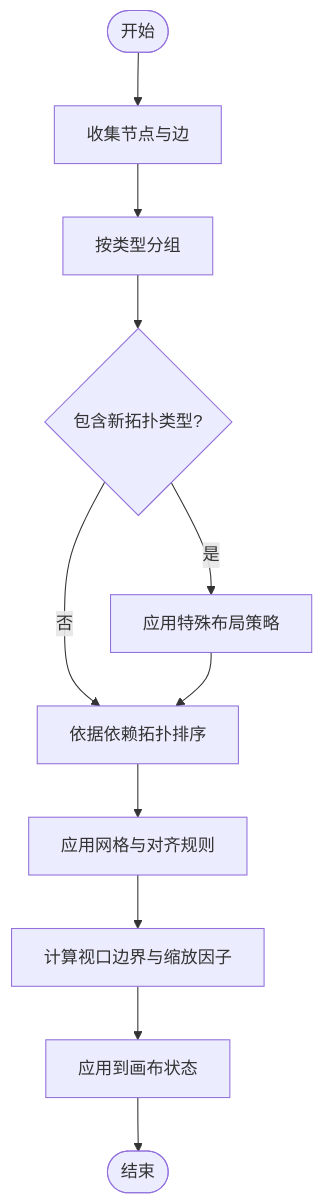
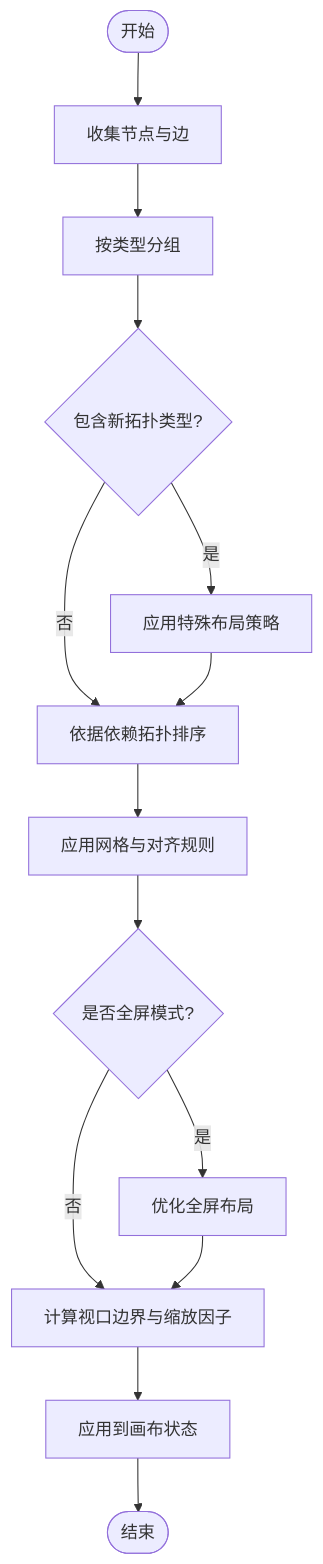
Before and after one commit to scottcwy/PurpleInk: the tenth of 19 diagrams in .qoder/repowiki/zh/content/画布编辑器/画布编辑器.md, drawn with Mermaid. The commit also changed other lines of this file and 23 other files, not shown here.

````diff
--- a/.qoder/repowiki/zh/content/画布编辑器/画布编辑器.md
+++ b/.qoder/repowiki/zh/content/画布编辑器/画布编辑器.md
@@ -472,13 +605,16 @@
 ```mermaid
 flowchart TD
 Start(["开始"]) --> Collect["收集节点与边"]
 Collect --> Classify["按类型分组"]
 Classify --> NewTypes{"包含新拓扑类型?"}
 NewTypes --> |是| SpecialLayout["应用特殊布局策略"]
 NewTypes --> |否| Arrange["依据依赖拓扑排序"]
 SpecialLayout --> Arrange
 Arrange --> Snap["应用网格与对齐规则"]
-Snap --> Fit["计算视口边界与缩放因子"]
+Snap --> CheckFullscreen{"是否全屏模式?"}
+CheckFullscreen --> |是| OptimizeFullscreen["优化全屏布局"]
+CheckFullscreen --> |否| Fit["计算视口边界与缩放因子"]
+OptimizeFullscreen --> Fit
 Fit --> Apply["应用到画布状态"]
 Apply --> End(["结束"])
 ```
````
